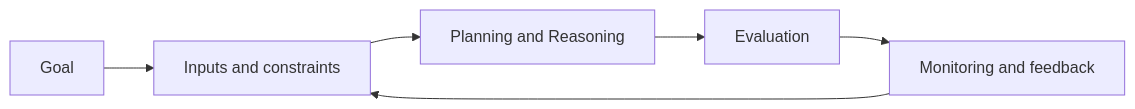
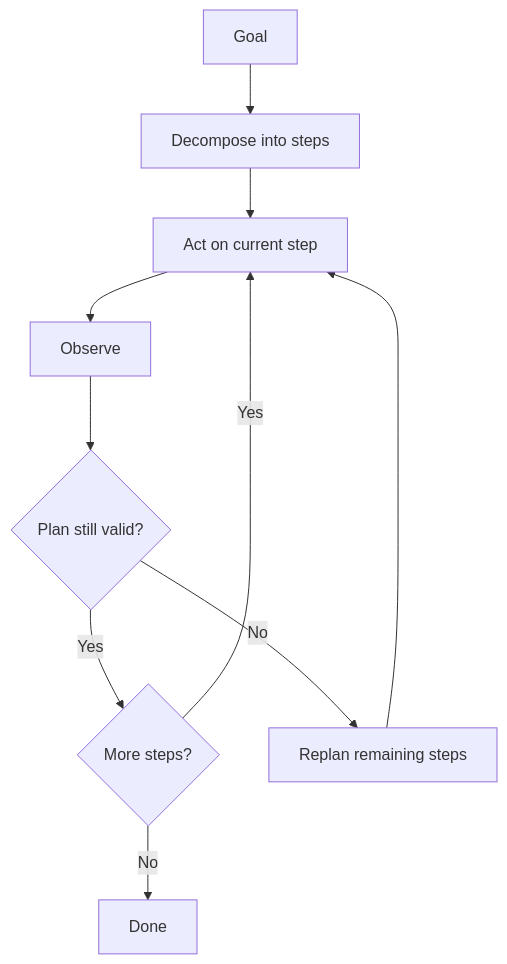
The diagram in agents/04-planning-and-reasoning.md (Icon1cc/Machine-Learning), drawn with Mermaid before and after one commit. The commit also changed other lines of this file and 118 other files, not shown here.

````diff
--- a/agents/04-planning-and-reasoning.md
+++ b/agents/04-planning-and-reasoning.md
@@ -93,8 +70,12 @@
 ```mermaid
-flowchart LR
-    A[Goal] --> B[Inputs and constraints]
-    B --> C[Planning and Reasoning]
-    C --> D[Evaluation]
-    D --> E[Monitoring and feedback]
-    E --> B
+flowchart TD
+    A[Goal] --> B[Decompose into steps]
+    B --> C[Act on current step]
+    C --> D[Observe]
+    D --> E{Plan still valid?}
+    E -- Yes --> F{More steps?}
+    F -- Yes --> C
+    F -- No --> G[Done]
+    E -- No --> H[Replan remaining steps]
+    H --> C
 ```
````
